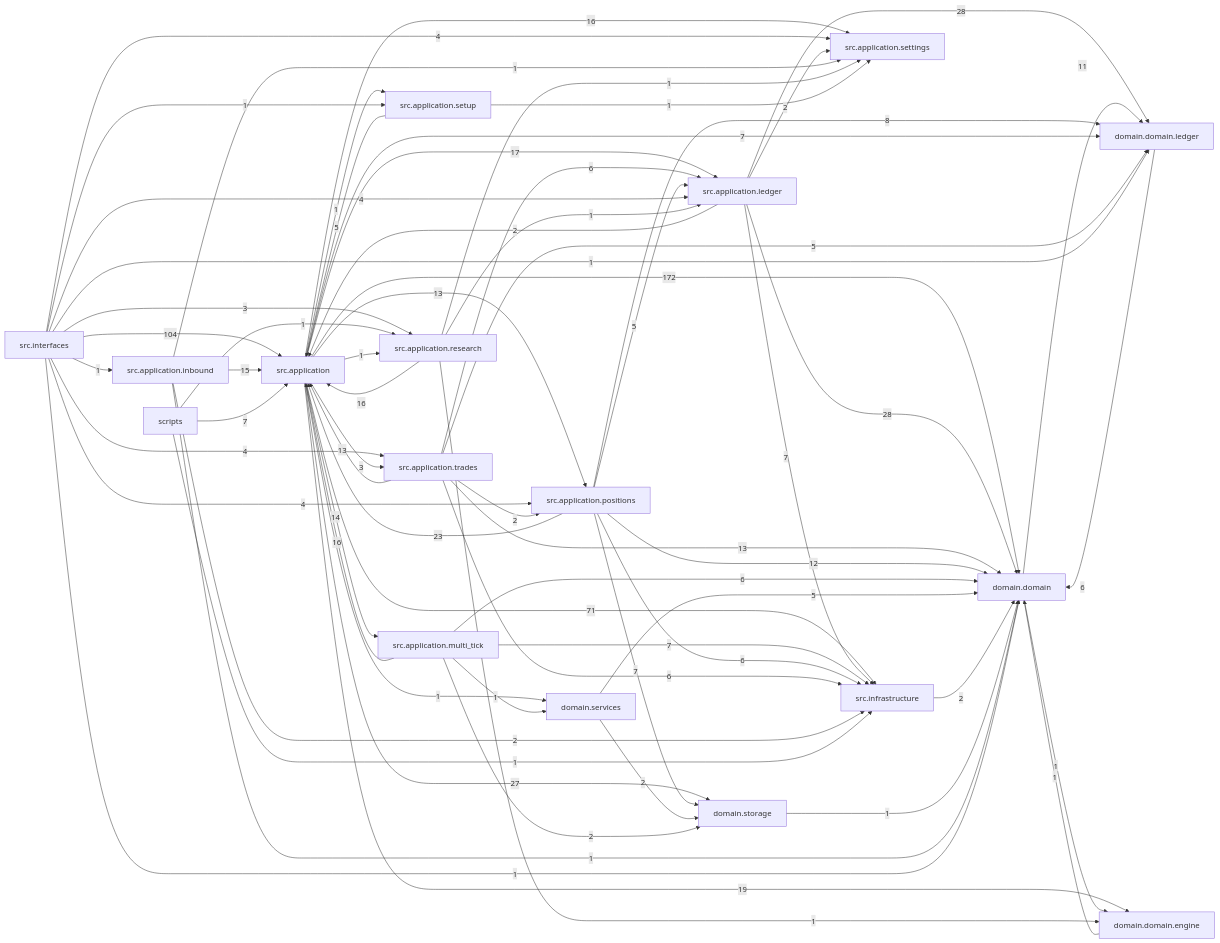
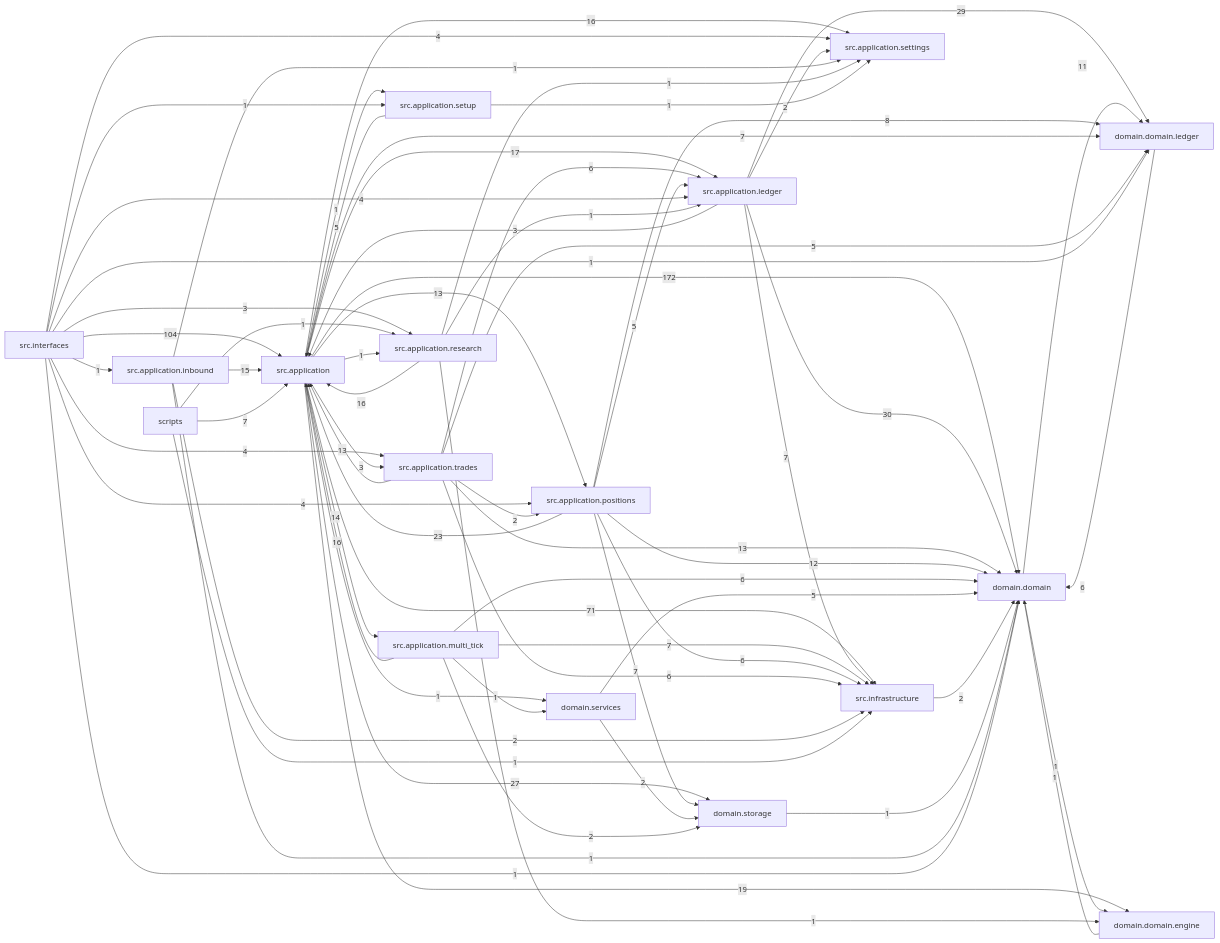
One commit to liuxie066/options-monitor changed the diagram in docs/dependency_graph.mmd. Above: the diagram before and after it, drawn with Mermaid. The commit also changed 11 other files, not shown here.

```diff
--- a/docs/dependency_graph.mmd
+++ b/docs/dependency_graph.mmd
@@ -1,67 +1,67 @@
 flowchart LR
   src_application["src.application"] -->|172| domain_domain["domain.domain"]
   src_interfaces["src.interfaces"] -->|104| src_application["src.application"]
   src_application["src.application"] -->|71| src_infrastructure["src.infrastructure"]
-  src_application_ledger["src.application.ledger"] -->|28| domain_domain["domain.domain"]
-  src_application_ledger["src.application.ledger"] -->|28| domain_domain_ledger["domain.domain.ledger"]
+  src_application_ledger["src.application.ledger"] -->|30| domain_domain["domain.domain"]
+  src_application_ledger["src.application.ledger"] -->|29| domain_domain_ledger["domain.domain.ledger"]
   src_application["src.application"] -->|27| domain_storage["domain.storage"]
   src_application_positions["src.application.positions"] -->|23| src_application["src.application"]
   src_application["src.application"] -->|19| domain_domain_engine["domain.domain.engine"]
   src_application["src.application"] -->|17| src_application_ledger["src.application.ledger"]
   src_application["src.application"] -->|16| src_application_settings["src.application.settings"]
   src_application_multi_tick["src.application.multi_tick"] -->|16| src_application["src.application"]
   src_application_research["src.application.research"] -->|16| src_application["src.application"]
   src_application_inbound["src.application.inbound"] -->|15| src_application["src.application"]
   src_application["src.application"] -->|14| src_application_multi_tick["src.application.multi_tick"]
   src_application["src.application"] -->|13| src_application_positions["src.application.positions"]
   src_application_trades["src.application.trades"] -->|13| domain_domain["domain.domain"]
   src_application_trades["src.application.trades"] -->|13| src_application["src.application"]
   src_application_positions["src.application.positions"] -->|12| domain_domain["domain.domain"]
   domain_domain["domain.domain"] -->|11| domain_domain_ledger["domain.domain.ledger"]
   src_application_positions["src.application.positions"] -->|8| domain_domain_ledger["domain.domain.ledger"]
   scripts["scripts"] -->|7| src_application["src.application"]
   src_application["src.application"] -->|7| domain_domain_ledger["domain.domain.ledger"]
   src_application_ledger["src.application.ledger"] -->|7| src_infrastructure["src.infrastructure"]
   src_application_multi_tick["src.application.multi_tick"] -->|7| src_infrastructure["src.infrastructure"]
   src_application_positions["src.application.positions"] -->|7| domain_storage["domain.storage"]
   domain_domain_ledger["domain.domain.ledger"] -->|6| domain_domain["domain.domain"]
   src_application_multi_tick["src.application.multi_tick"] -->|6| domain_domain["domain.domain"]
   src_application_positions["src.application.positions"] -->|6| src_infrastructure["src.infrastructure"]
   src_application_trades["src.application.trades"] -->|6| src_application_ledger["src.application.ledger"]
   src_application_trades["src.application.trades"] -->|6| src_infrastructure["src.infrastructure"]
   domain_services["domain.services"] -->|5| domain_domain["domain.domain"]
   src_application_positions["src.application.positions"] -->|5| src_application_ledger["src.application.ledger"]
   src_application_setup["src.application.setup"] -->|5| src_application["src.application"]
   src_application_trades["src.application.trades"] -->|5| domain_domain_ledger["domain.domain.ledger"]
   src_interfaces["src.interfaces"] -->|4| src_application_ledger["src.application.ledger"]
   src_interfaces["src.interfaces"] -->|4| src_application_positions["src.application.positions"]
   src_interfaces["src.interfaces"] -->|4| src_application_settings["src.application.settings"]
   src_interfaces["src.interfaces"] -->|4| src_application_trades["src.application.trades"]
   src_application["src.application"] -->|3| src_application_trades["src.application.trades"]
+  src_application_ledger["src.application.ledger"] -->|3| src_application["src.application"]
   src_interfaces["src.interfaces"] -->|3| src_application_research["src.application.research"]
   domain_services["domain.services"] -->|2| domain_storage["domain.storage"]
   src_application_inbound["src.application.inbound"] -->|2| src_infrastructure["src.infrastructure"]
-  src_application_ledger["src.application.ledger"] -->|2| src_application["src.application"]
   src_application_ledger["src.application.ledger"] -->|2| src_application_settings["src.application.settings"]
   src_application_multi_tick["src.application.multi_tick"] -->|2| domain_storage["domain.storage"]
   src_application_trades["src.application.trades"] -->|2| src_application_positions["src.application.positions"]
   src_infrastructure["src.infrastructure"] -->|2| domain_domain["domain.domain"]
   domain_domain["domain.domain"] -->|1| domain_domain_engine["domain.domain.engine"]
   domain_domain_engine["domain.domain.engine"] -->|1| domain_domain["domain.domain"]
   domain_storage["domain.storage"] -->|1| domain_domain["domain.domain"]
   scripts["scripts"] -->|1| src_application_research["src.application.research"]
   scripts["scripts"] -->|1| src_infrastructure["src.infrastructure"]
   src_application["src.application"] -->|1| domain_services["domain.services"]
   src_application["src.application"] -->|1| src_application_research["src.application.research"]
   src_application["src.application"] -->|1| src_application_setup["src.application.setup"]
   src_application_inbound["src.application.inbound"] -->|1| domain_domain["domain.domain"]
   src_application_inbound["src.application.inbound"] -->|1| src_application_settings["src.application.settings"]
   src_application_multi_tick["src.application.multi_tick"] -->|1| domain_services["domain.services"]
   src_application_research["src.application.research"] -->|1| domain_domain_engine["domain.domain.engine"]
   src_application_research["src.application.research"] -->|1| src_application_ledger["src.application.ledger"]
   src_application_research["src.application.research"] -->|1| src_application_settings["src.application.settings"]
   src_application_setup["src.application.setup"] -->|1| src_application_settings["src.application.settings"]
   src_interfaces["src.interfaces"] -->|1| domain_domain["domain.domain"]
   src_interfaces["src.interfaces"] -->|1| domain_domain_ledger["domain.domain.ledger"]
   src_interfaces["src.interfaces"] -->|1| src_application_inbound["src.application.inbound"]
   src_interfaces["src.interfaces"] -->|1| src_application_setup["src.application.setup"]
```
